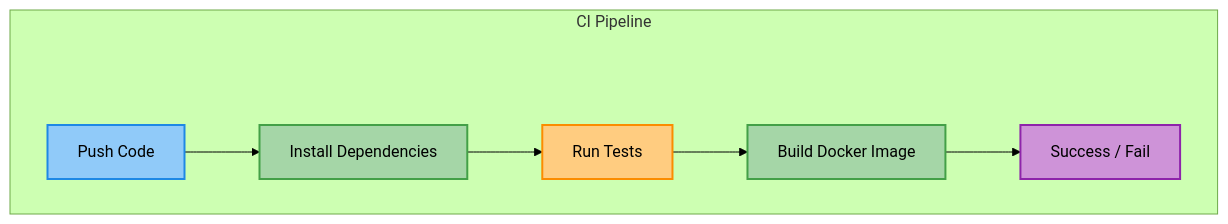
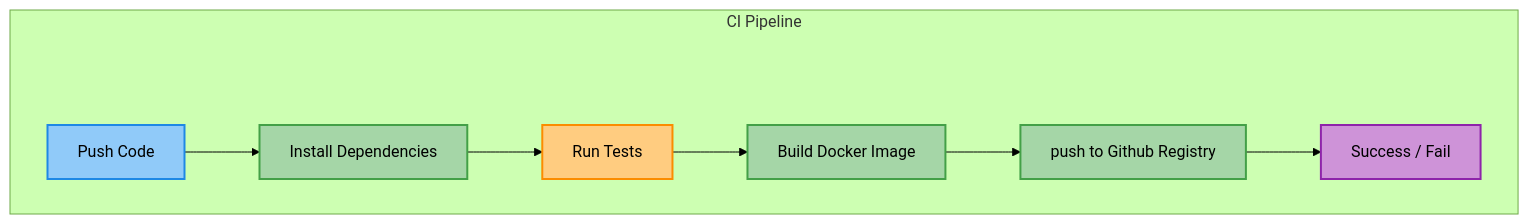
One commit to MugundhanSM/cats-dogs-mlops changed the fifth of 6 diagrams in Readme.md. Above: the diagram before and after it, drawn with Mermaid (forest theme). The commit also changed other lines of this file and 6 other files, not shown here.

````diff
--- a/Readme.md
+++ b/Readme.md
@@ -672,29 +672,30 @@
 ```mermaid
 flowchart LR
 
 %% ---------- STYLES ----------
 classDef source fill:#90CAF9,stroke:#1E88E5,stroke-width:2px,color:#000;
 classDef build fill:#A5D6A7,stroke:#43A047,stroke-width:2px,color:#000;
 classDef test fill:#FFCC80,stroke:#FB8C00,stroke-width:2px,color:#000;
 classDef output fill:#CE93D8,stroke:#8E24AA,stroke-width:2px,color:#000;
 classDef spacer fill:none,stroke:none,color:none;
 
 %% ---------- CI PIPELINE ----------
 subgraph CI["CI Pipeline"]
 direction LR
 S1[" "]:::spacer
 
 A[Push Code] --> B[Install Dependencies]
 B --> C[Run Tests]
 C --> D[Build Docker Image]
-D --> E[Success / Fail]
+D --> E[push to Github Registry]
+E --> F[Success / Fail]
 
 end
 
 %% ---------- CLASS ASSIGNMENT ----------
 class A source;
-class B,D build;
+class B,D,E build;
 class C test;
-class E output;
+class F output;
 class S1 spacer;
 ```
````
